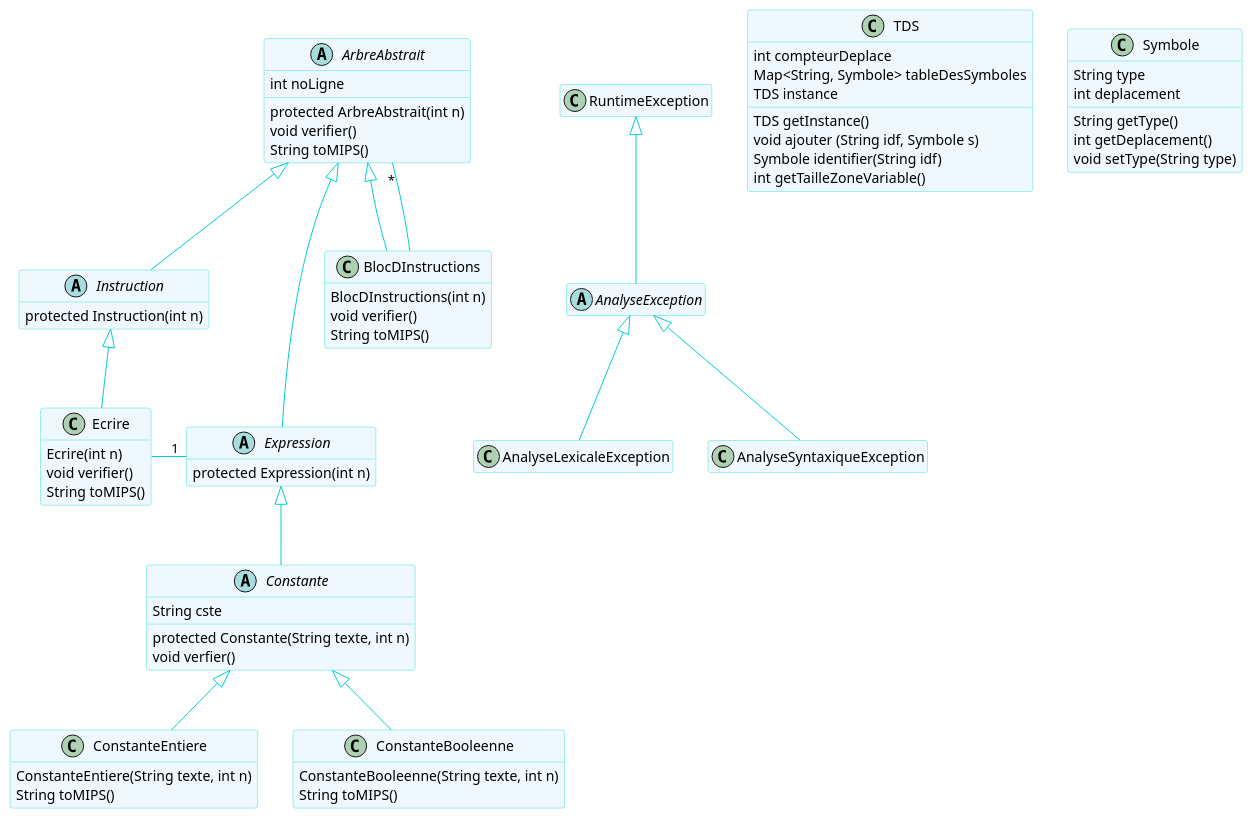
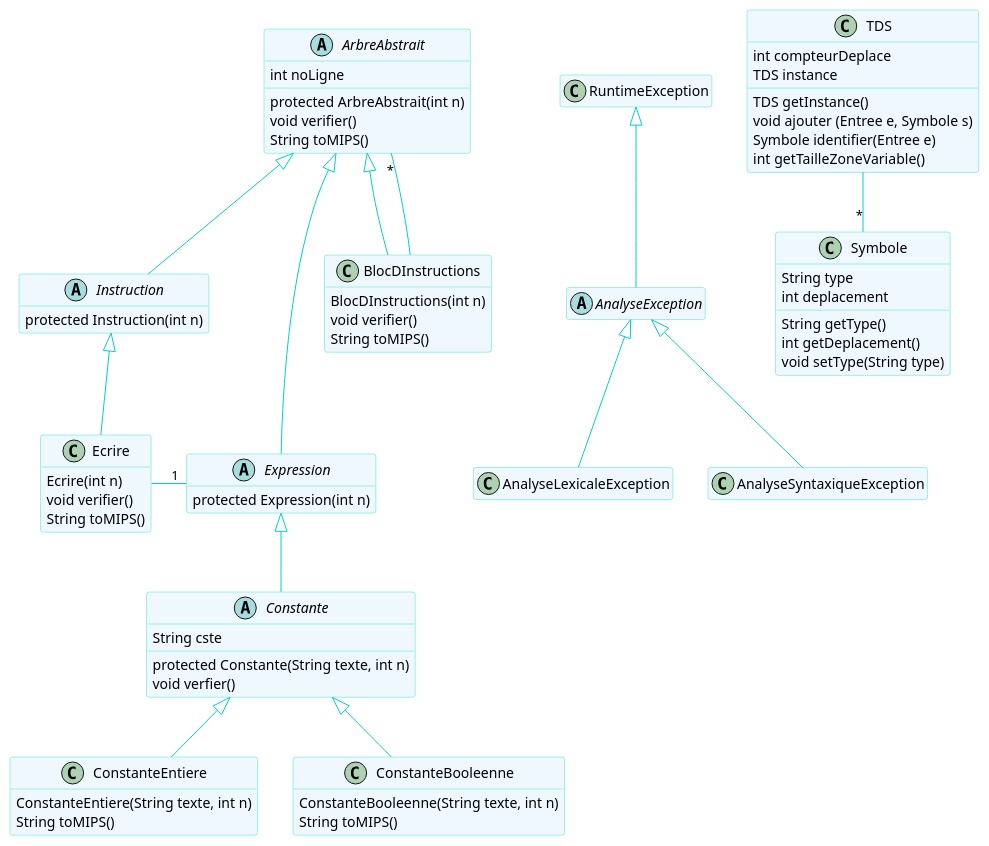
Before and after one commit to madisonnoyer54/Zoot: the diagram in src/uml/diagramme.puml, drawn with PlantUML. The commit also changed 2 other files, not shown here.

Commit message:
Mise à jour du diagramme et de la tds + réécriture de la classe Entree en cours

```diff
--- a/src/uml/diagramme.puml
+++ b/src/uml/diagramme.puml
@@ -1,96 +1,97 @@
 @startuml
 skinparam class {
 BackgroundColor AliceBlue
 ArrowColor DarkTurquoise
 BorderColor Turquoise
 }
 
 skinparam stereotypeCBackgroundColor DarkTurquoise
 skinparam stereotypeIBackgroundColor Magenta
 skinparam stereotypeABackgroundColor Yellow
 
 hide stereotype
 hide empty member
 
 abstract class AnalyseException
 
 AnalyseException -up-|> RuntimeException
 
 AnalyseLexicaleException -up-|> AnalyseException
 AnalyseSyntaxiqueException -up-|> AnalyseException
 
 abstract class ArbreAbstrait {
    int noLigne
    protected ArbreAbstrait(int n)
    void verifier()
    String toMIPS()
 }
 
 class BlocDInstructions {
    BlocDInstructions(int n)
    void verifier()
    String toMIPS()
 }
 
 BlocDInstructions -up-|> ArbreAbstrait
 BlocDInstructions -up- "*" ArbreAbstrait
 
 abstract class Instruction {
    protected Instruction(int n)
 }
 
 Instruction -up-|> ArbreAbstrait
 class Ecrire {
    Ecrire(int n)
    void verifier()
    String toMIPS()
 }
 
 Ecrire  -up-|> Instruction
 
 abstract class Expression {
    protected Expression(int n)
 }
 
 Expression  -up-|> ArbreAbstrait
 Ecrire - "1" Expression
 
 abstract class Constante {
    String cste
    protected Constante(String texte, int n)
    void verfier()
 }
 
 Constante  -up-|> Expression
 
 class ConstanteEntiere {
    ConstanteEntiere(String texte, int n)
    String toMIPS()
 }
 
 class ConstanteBooleenne {
    ConstanteBooleenne(String texte, int n)
    String toMIPS()
 }
 
 class TDS {
 int compteurDeplace
-Map<String, Symbole> tableDesSymboles
 TDS instance
 TDS getInstance()
-void ajouter (String idf, Symbole s)
-Symbole identifier(String idf)
+void ajouter (Entree e, Symbole s)
+Symbole identifier(Entree e)
 int getTailleZoneVariable()
 }
 
 class Symbole{
 String type
 int deplacement
 String getType()
 int getDeplacement()
 void setType(String type)
 }
 
+TDS --"*" Symbole
+
 ConstanteEntiere  -up-|> Constante
 ConstanteBooleenne  -up-|> Constante
 @enduml
```
